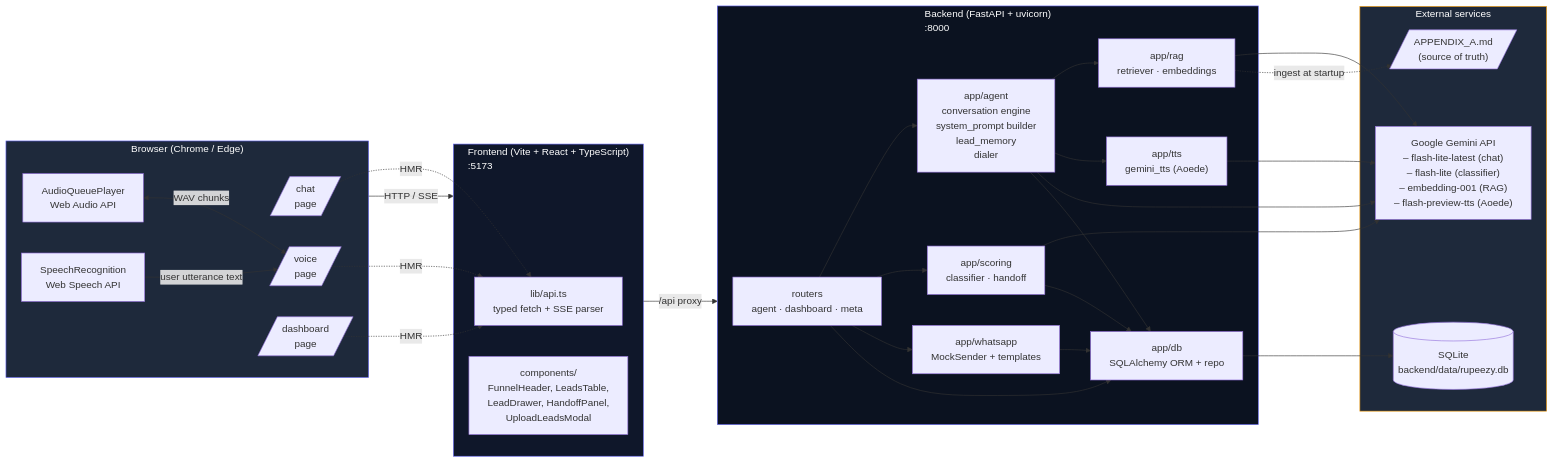
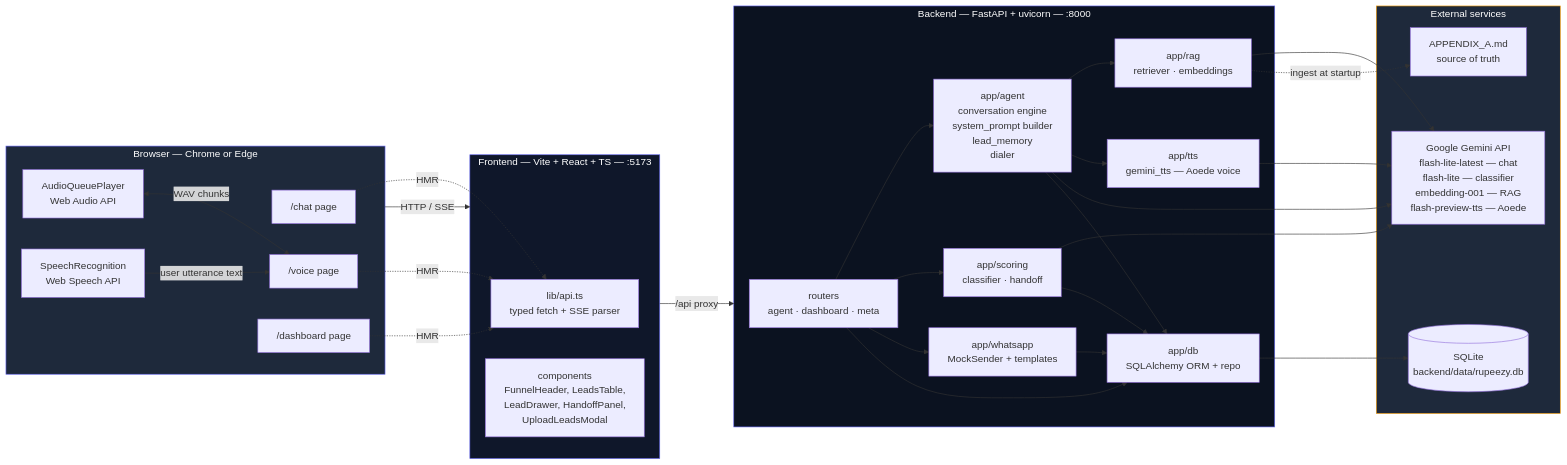
Before and after one commit to AmanG-04/rupeezy-voice-agent: the first of 10 diagrams in ARCHITECTURE.md, drawn with Mermaid. The commit also changed other lines of this file, not shown here.

First line of the commit message:
docs: fix Mermaid render errors in ARCHITECTURE.md

````diff
--- a/ARCHITECTURE.md
+++ b/ARCHITECTURE.md
@@ -13,63 +13,63 @@
 ```mermaid
 flowchart LR
-    subgraph Client[" Browser (Chrome / Edge) "]
-        ChatPg[/chat<br/>page/]
-        VoicePg[/voice<br/>page/]
-        DashPg[/dashboard<br/>page/]
+    subgraph Client["Browser — Chrome or Edge"]
+        ChatPg["/chat page"]
+        VoicePg["/voice page"]
+        DashPg["/dashboard page"]
         AudioPlayer["AudioQueuePlayer<br/>Web Audio API"]
         SpeechRec["SpeechRecognition<br/>Web Speech API"]
     end
 
-    subgraph Frontend["Frontend (Vite + React + TypeScript)<br/>:5173"]
+    subgraph Frontend["Frontend — Vite + React + TS — :5173"]
         ApiTs["lib/api.ts<br/>typed fetch + SSE parser"]
-        Components["components/<br/>FunnelHeader, LeadsTable,<br/>LeadDrawer, HandoffPanel,<br/>UploadLeadsModal"]
+        Components["components<br/>FunnelHeader, LeadsTable,<br/>LeadDrawer, HandoffPanel,<br/>UploadLeadsModal"]
     end
 
-    subgraph Backend["Backend (FastAPI + uvicorn)<br/>:8000"]
+    subgraph Backend["Backend — FastAPI + uvicorn — :8000"]
         Router["routers<br/>agent · dashboard · meta"]
         AgentEng["app/agent<br/>conversation engine<br/>system_prompt builder<br/>lead_memory<br/>dialer"]
         Scoring["app/scoring<br/>classifier · handoff"]
         RAG["app/rag<br/>retriever · embeddings"]
-        TTS["app/tts<br/>gemini_tts (Aoede)"]
+        TTS["app/tts<br/>gemini_tts — Aoede voice"]
         WApp["app/whatsapp<br/>MockSender + templates"]
         DB["app/db<br/>SQLAlchemy ORM + repo"]
     end
 
-    subgraph External[" External services "]
-        Gemini["Google Gemini API<br/>– flash-lite-latest (chat)<br/>– flash-lite (classifier)<br/>– embedding-001 (RAG)<br/>– flash-preview-tts (Aoede)"]
+    subgraph External["External services"]
+        Gemini["Google Gemini API<br/>flash-lite-latest — chat<br/>flash-lite — classifier<br/>embedding-001 — RAG<br/>flash-preview-tts — Aoede"]
         SQLite[("SQLite<br/>backend/data/rupeezy.db")]
-        AppendixMD[/"APPENDIX_A.md<br/>(source of truth)"/]
+        AppendixMD["APPENDIX_A.md<br/>source of truth"]
     end
 
     Client -->|HTTP / SSE| Frontend
     ChatPg -.HMR.-> ApiTs
     VoicePg -.HMR.-> ApiTs
     DashPg -.HMR.-> ApiTs
     SpeechRec -->|user utterance text| VoicePg
     AudioPlayer <-->|WAV chunks| VoicePg
 
     Frontend -->|/api proxy| Backend
     Router --> AgentEng
     Router --> Scoring
     Router --> WApp
     Router --> DB
 
     AgentEng --> RAG
     AgentEng --> TTS
     AgentEng --> Gemini
     Scoring --> Gemini
     RAG --> Gemini
     TTS --> Gemini
 
     AgentEng --> DB
     Scoring --> DB
     WApp --> DB
     DB --> SQLite
 
     RAG -.ingest at startup.-> AppendixMD
 
     style Client fill:#1E293B,stroke:#6366F1,color:#fff
     style Frontend fill:#0F172A,stroke:#6366F1,color:#fff
     style Backend fill:#0B1220,stroke:#6366F1,color:#fff
     style External fill:#1E293B,stroke:#F59E0B,color:#fff
 ```
````
